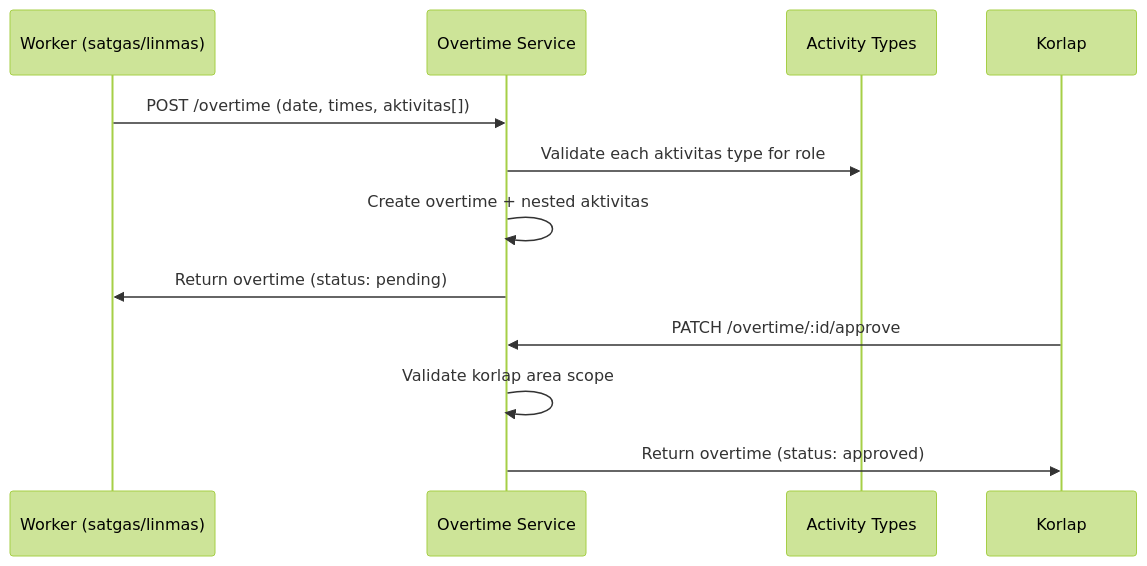
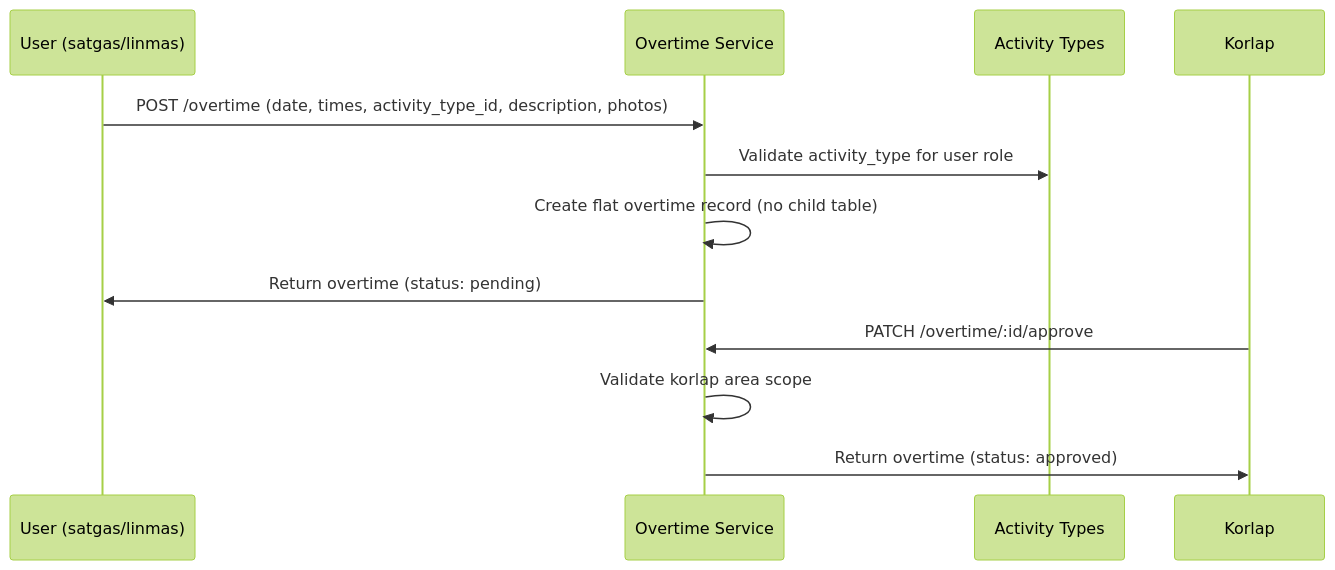
The ninth of 9 diagrams in specs/database/erd.md (dlhsby/sekar), drawn with Mermaid (forest theme) before and after one commit. The commit also changed other lines of this file and 417 other files, not shown here.

````diff
--- a/specs/database/erd.md
+++ b/specs/database/erd.md
@@ -574,15 +562,15 @@
 ```mermaid
 sequenceDiagram
-    participant W as Worker (satgas/linmas)
+    participant U as User (satgas/linmas)
     participant O as Overtime Service
     participant AT as Activity Types
     participant K as Korlap
 
-    W->>O: POST /overtime (date, times, aktivitas[])
-    O->>AT: Validate each aktivitas type for role
-    O->>O: Create overtime + nested aktivitas
-    O->>W: Return overtime (status: pending)
+    U->>O: POST /overtime (date, times, activity_type_id, description, photos)
+    O->>AT: Validate activity_type for user role
+    O->>O: Create flat overtime record (no child table)
+    O->>U: Return overtime (status: pending)
     K->>O: PATCH /overtime/:id/approve
     O->>O: Validate korlap area scope
     O->>K: Return overtime (status: approved)
 ```
````
